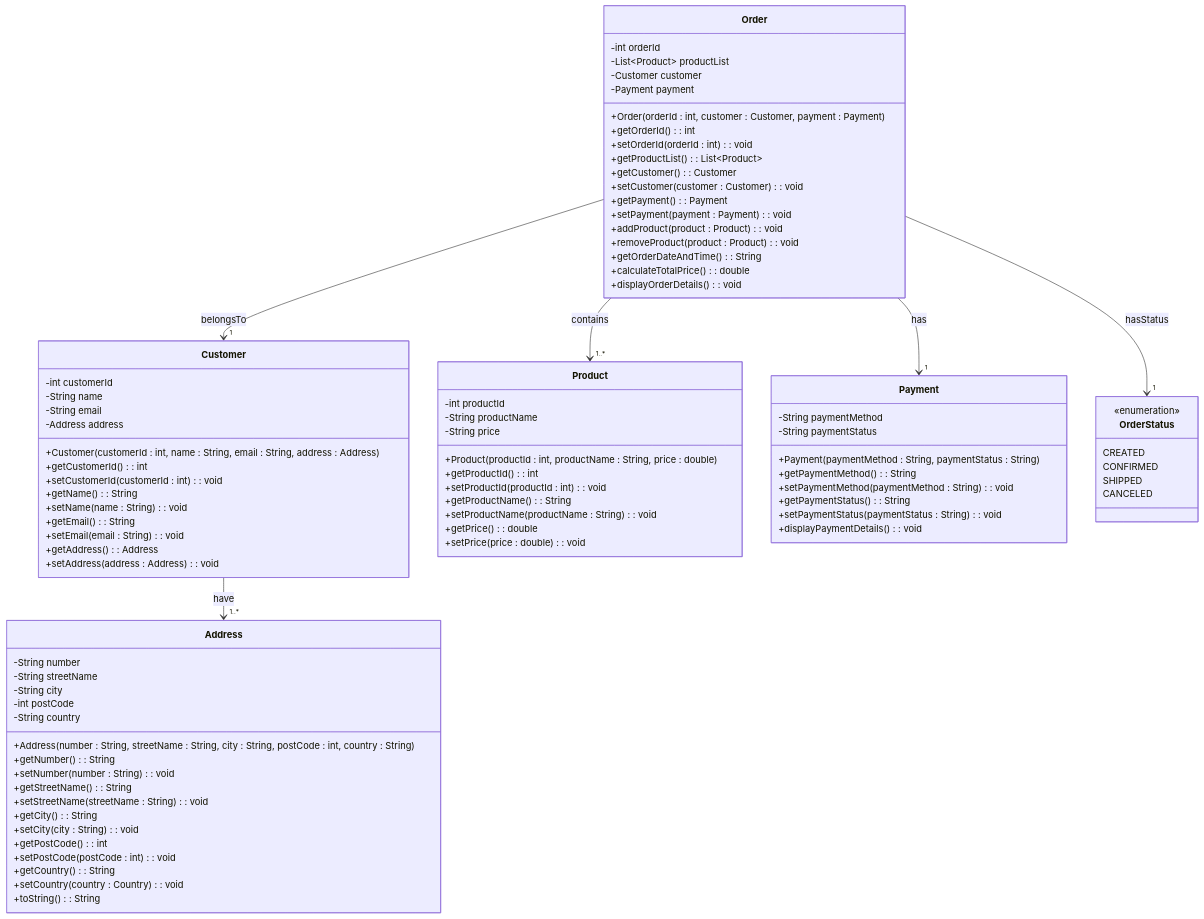
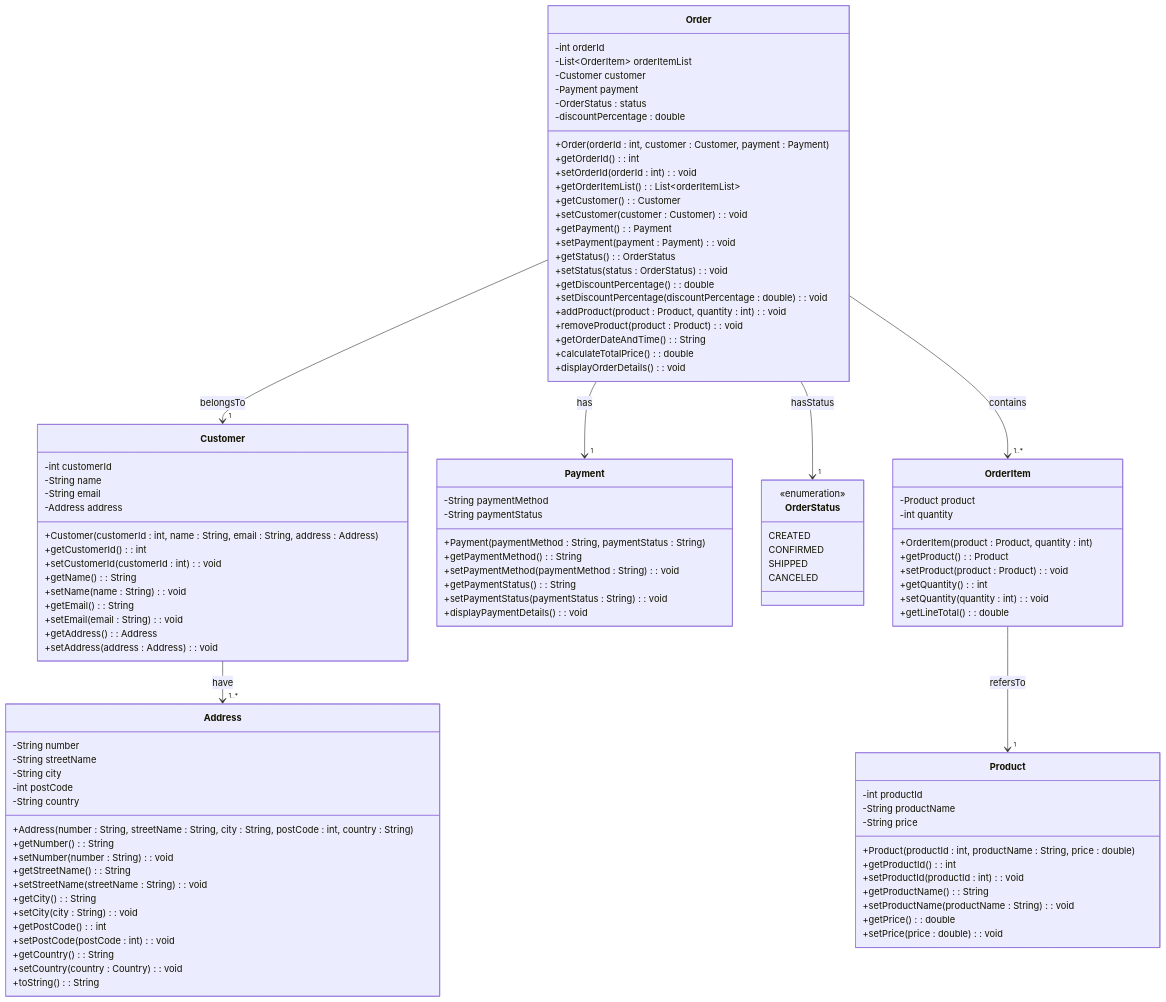
Before and after one commit to SangeethaNachimuthu/SimpleOnlineShop: the diagram in uml-class-diagram.md, drawn with Mermaid. The commit also changed 3 other files, not shown here.

Commit message:
Added OrderItem and discountPercentage

```diff
--- a/uml-class-diagram.md
+++ b/uml-class-diagram.md
@@ -29,18 +29,24 @@
     }
     class Order {
         -int orderId
-        -List~Product~ productList
+        -List~OrderItem~ orderItemList
         -Customer customer
         -Payment payment
+        -OrderStatus : status
+        -discountPercentage : double
         +Order(orderId : int, customer : Customer, payment : Payment)
         +getOrderId() : int
         +setOrderId(orderId : int) : void
-        +getProductList() : List~Product~
+        +getOrderItemList() : List~orderItemList~
         +getCustomer() : Customer
         +setCustomer(customer : Customer) : void
         +getPayment() : Payment
         +setPayment(payment : Payment) : void
-        +addProduct(product : Product) : void
+        +getStatus() : OrderStatus
+        +setStatus(status : OrderStatus) : void
+        +getDiscountPercentage() : double
+        +setDiscountPercentage(discountPercentage : double) : void
+        +addProduct(product : Product, quantity : int) : void
         +removeProduct(product : Product) : void
         +getOrderDateAndTime() : String
         +calculateTotalPrice() : double
@@ -82,9 +88,20 @@
         SHIPPED
         CANCELED
     }
+    class OrderItem {
+        -Product product
+        -int quantity
+        +OrderItem(product : Product, quantity : int)
+        +getProduct() : Product
+        +setProduct(product : Product) : void
+        +getQuantity() : int
+        +setQuantity(quantity : int) : void
+        +getLineTotal() : double
+    }
     
    Order --> "1" Customer : belongsTo
-   Order --> "1..*" Product : contains
+   Order --> "1..*" OrderItem : contains
+   OrderItem --> "1" Product : refersTo
    Customer --> "1..*" Address : have
    Order --> "1" Payment : has
    Order --> "1" OrderStatus : hasStatus
```
